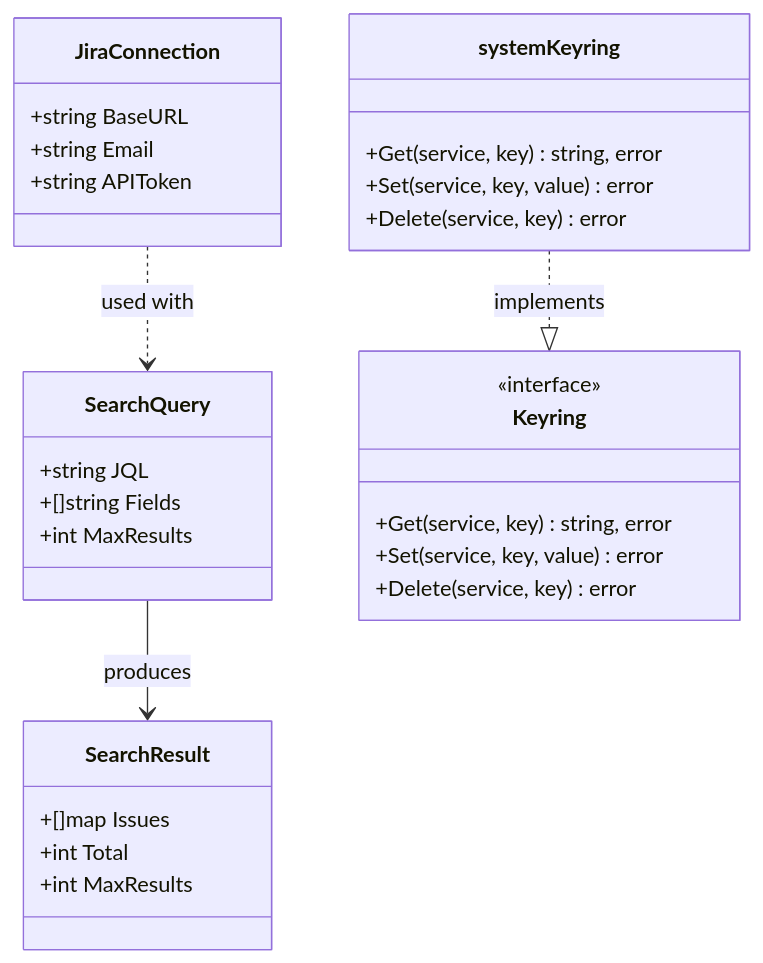
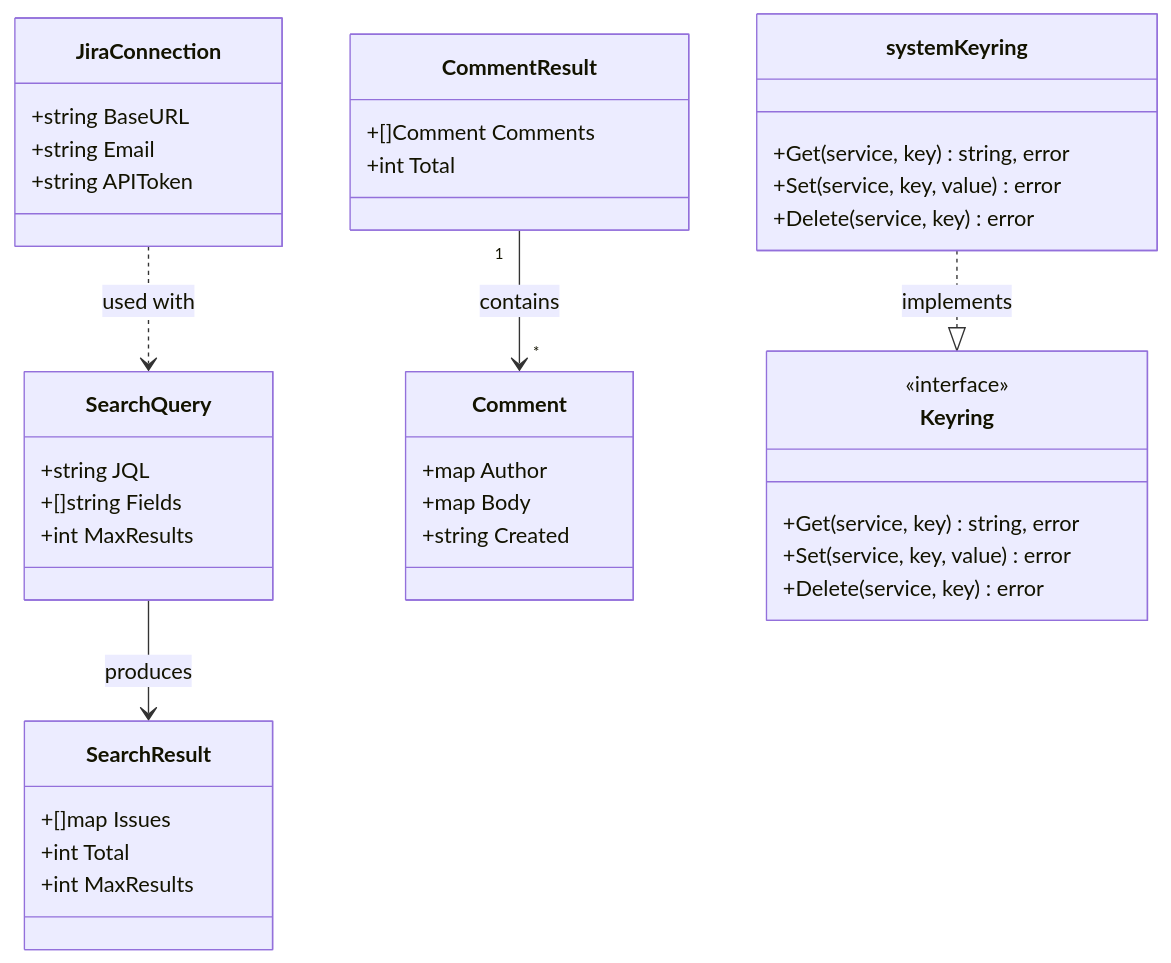
Before and after one commit to poshpaws/jira-thing: the first of 2 diagrams in docs/architecture.md, drawn with Mermaid. The commit also changed other lines of this file and 1 other file, not shown here.

Commit message:
update docs for .6 release

````diff
--- a/docs/architecture.md
+++ b/docs/architecture.md
@@ -24,37 +25,50 @@
 ```mermaid
 classDiagram
     class JiraConnection {
         +string BaseURL
         +string Email
         +string APIToken
     }
 
     class SearchQuery {
         +string JQL
         +[]string Fields
         +int MaxResults
     }
 
     class SearchResult {
         +[]map Issues
         +int Total
         +int MaxResults
     }
 
+    class Comment {
+        +map Author
+        +map Body
+        +string Created
+    }
+
+    class CommentResult {
+        +[]Comment Comments
+        +int Total
+    }
+
+    CommentResult "1" --> "*" Comment : contains
+
     class Keyring {
         <<interface>>
         +Get(service, key) string, error
         +Set(service, key, value) error
         +Delete(service, key) error
     }
 
     class systemKeyring {
         +Get(service, key) string, error
         +Set(service, key, value) error
         +Delete(service, key) error
     }
 
     systemKeyring ..|> Keyring : implements
     JiraConnection ..> SearchQuery : used with
     SearchQuery --> SearchResult : produces
 ```
````
